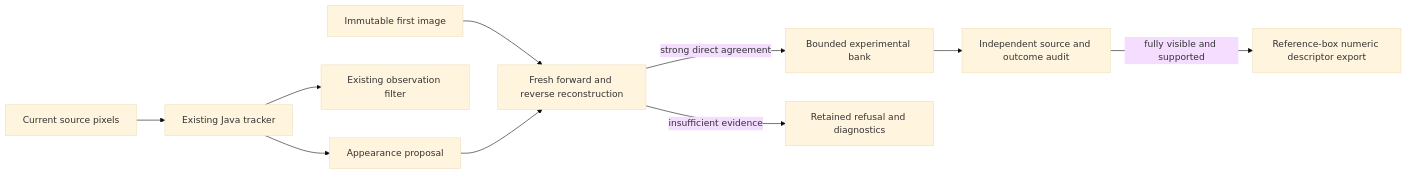
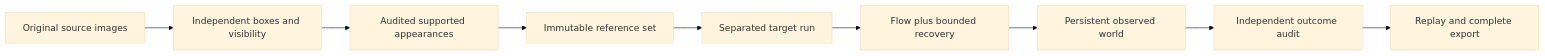
Before and after one commit to eyeoverthink/Fraynix-Agent-Workspace: the diagram in README.md, drawn with Mermaid (base theme). The commit also changed other lines of this file and 226 other files, not shown here.

Commit message:
Document edition 137 verified reference reuse and durable evidence costs with retained evidence

````diff
--- a/README.md
+++ b/README.md
@@ -77,12 +106,11 @@
 ```mermaid
 flowchart LR
-    Source[Immutable first image] --> Anchor[Fresh forward and reverse reconstruction]
-    Frames[Current source pixels] --> Flow[Existing Java tracker]
-    Flow --> Estimate[Existing observation filter]
-    Flow --> Candidate[Appearance proposal]
-    Candidate --> Anchor
-    Anchor -->|strong direct agreement| Bank[Bounded experimental bank]
-    Anchor -->|insufficient evidence| Refusal[Retained refusal and diagnostics]
-    Bank --> Audit[Independent source and outcome audit]
-    Audit -->|fully visible and supported| Export[Reference-box numeric descriptor export]
+  A[Original source images] --> B[Independent boxes and visibility]
+  B --> C[Audited supported appearances]
+  C --> D[Immutable reference set]
+  D --> E[Separated target run]
+  E --> F[Flow plus bounded recovery]
+  F --> G[Persistent observed world]
+  G --> H[Independent outcome audit]
+  H --> I[Replay and complete export]
 ```
````
